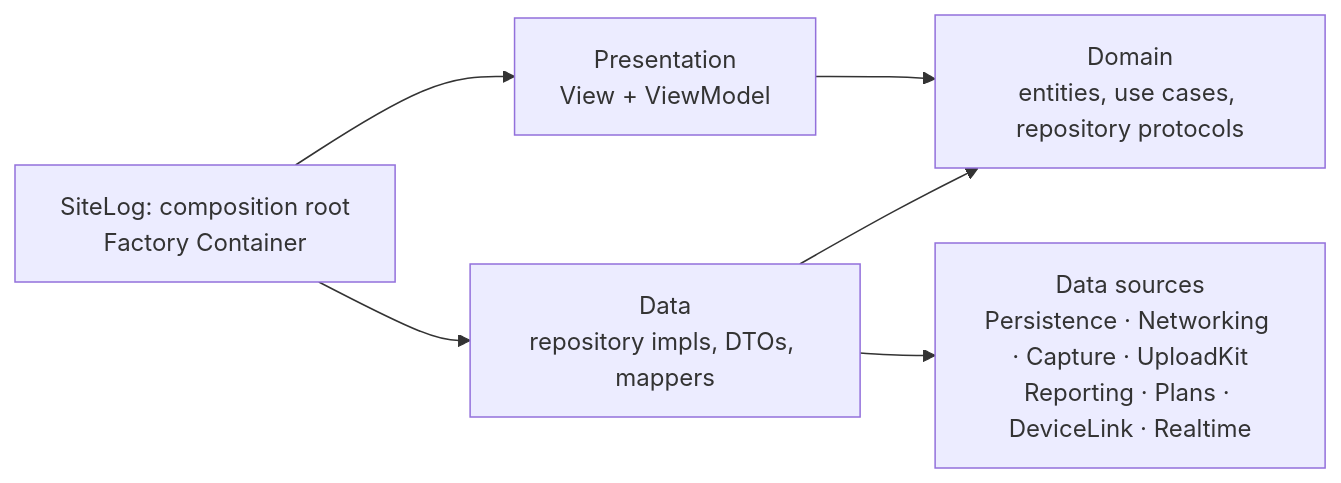
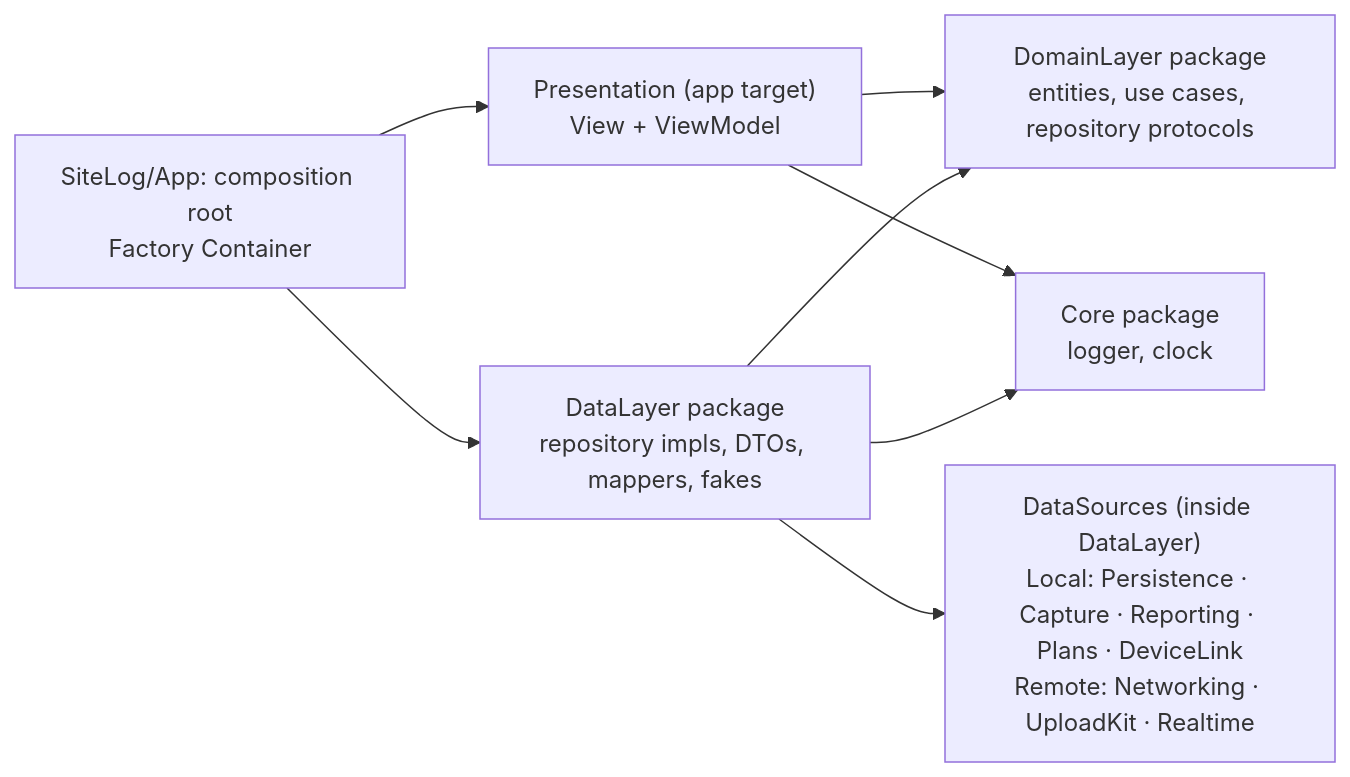
One commit to DAMHONGDUC/site-log-ios changed the diagram in docs/feature-docs/00-overview.md. Above: the diagram before and after it, drawn with Mermaid. The commit also changed other lines of this file and 7 other files, not shown here.

````diff
--- a/docs/feature-docs/00-overview.md
+++ b/docs/feature-docs/00-overview.md
@@ -216,8 +216,10 @@
 ```mermaid
 flowchart LR
-    App["SiteLog: composition root<br/>Factory Container"] --> P["Presentation<br/>View + ViewModel"]
-    App --> Data["Data<br/>repository impls, DTOs, mappers"]
-    P --> D["Domain<br/>entities, use cases, repository protocols"]
+    App["SiteLog/App: composition root<br/>Factory Container"] --> P["Presentation (app target)<br/>View + ViewModel"]
+    App --> Data["DataLayer package<br/>repository impls, DTOs, mappers, fakes"]
+    P --> D["DomainLayer package<br/>entities, use cases, repository protocols"]
     Data --> D
-    Data --> DS["Data sources<br/>Persistence · Networking · Capture · UploadKit<br/>Reporting · Plans · DeviceLink · Realtime"]
+    Data --> DS["DataSources (inside DataLayer)<br/>Local: Persistence · Capture · Reporting · Plans · DeviceLink<br/>Remote: Networking · UploadKit · Realtime"]
+    P --> C["Core package<br/>logger, clock"]
+    Data --> C
 ```
````
